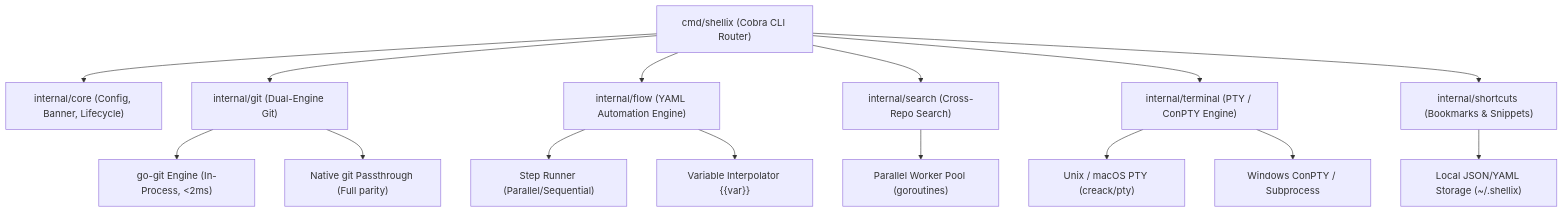
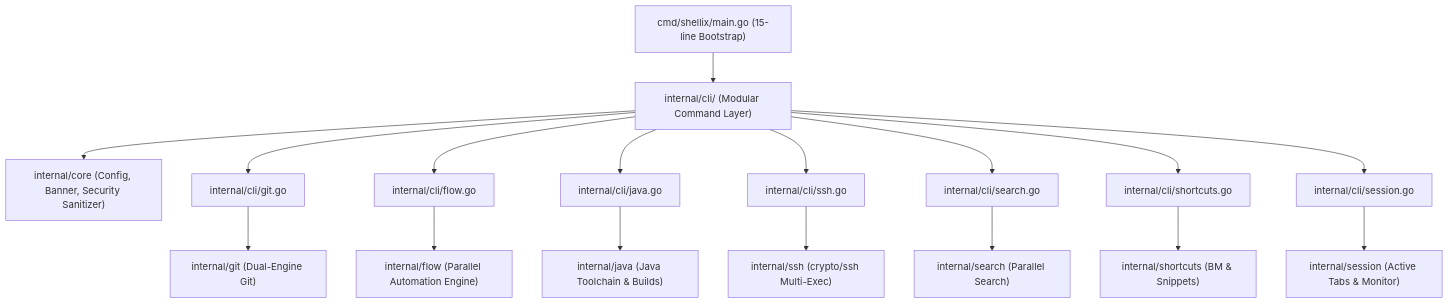
The diagram in docs/architecture.md (erdcpatel/Shellix), drawn with Mermaid before and after one commit. The commit also changed 16 other files, not shown here.

Commit message:
refactor(arch): modularize CLI commands layer and add automated secret redaction security

````diff
--- a/docs/architecture.md
+++ b/docs/architecture.md
@@ -18,22 +18,13 @@
 ```mermaid
 graph TD
-    CLI["cmd/shellix (Cobra CLI Router)"] --> Core["internal/core (Config, Banner, Lifecycle)"]
+    Main["cmd/shellix/main.go (15-line Bootstrap)"] --> CLI["internal/cli/ (Modular Command Layer)"]
+    CLI --> Core["internal/core (Config, Banner, Security Sanitizer)"]
     
-    CLI --> GitRouter["internal/git (Dual-Engine Git)"]
-    GitRouter --> GoGit["go-git Engine (In-Process, <2ms)"]
-    GitRouter --> NativeGit["Native git Passthrough (Full parity)"]
-    
-    CLI --> FlowEngine["internal/flow (YAML Automation Engine)"]
-    FlowEngine --> StepExecutor["Step Runner (Parallel/Sequential)"]
-    FlowEngine --> Interpolator["Variable Interpolator {{var}}"]
-    
-    CLI --> SearchEngine["internal/search (Cross-Repo Search)"]
-    SearchEngine --> FileWalker["Parallel Worker Pool (goroutines)"]
-    
-    CLI --> Terminal["internal/terminal (PTY / ConPTY Engine)"]
-    Terminal --> UnixPTY["Unix / macOS PTY (creack/pty)"]
-    Terminal --> WindowsPTY["Windows ConPTY / Subprocess"]
-    
-    CLI --> Shortcuts["internal/shortcuts (Bookmarks & Snippets)"]
-    Shortcuts --> Storage["Local JSON/YAML Storage (~/.shellix)"]
+    CLI --> GitCmd["internal/cli/git.go"] --> GitEngine["internal/git (Dual-Engine Git)"]
+    CLI --> FlowCmd["internal/cli/flow.go"] --> FlowEngine["internal/flow (Parallel Automation Engine)"]
+    CLI --> JavaCmd["internal/cli/java.go"] --> JavaEngine["internal/java (Java Toolchain & Builds)"]
+    CLI --> SSHCmd["internal/cli/ssh.go"] --> SSHEngine["internal/ssh (crypto/ssh Multi-Exec)"]
+    CLI --> SearchCmd["internal/cli/search.go"] --> SearchEngine["internal/search (Parallel Search)"]
+    CLI --> ShortcutsCmd["internal/cli/shortcuts.go"] --> ShortcutsEngine["internal/shortcuts (BM & Snippets)"]
+    CLI --> SessionCmd["internal/cli/session.go"] --> SessionEngine["internal/session (Active Tabs & Monitor)"]
 ```
````
